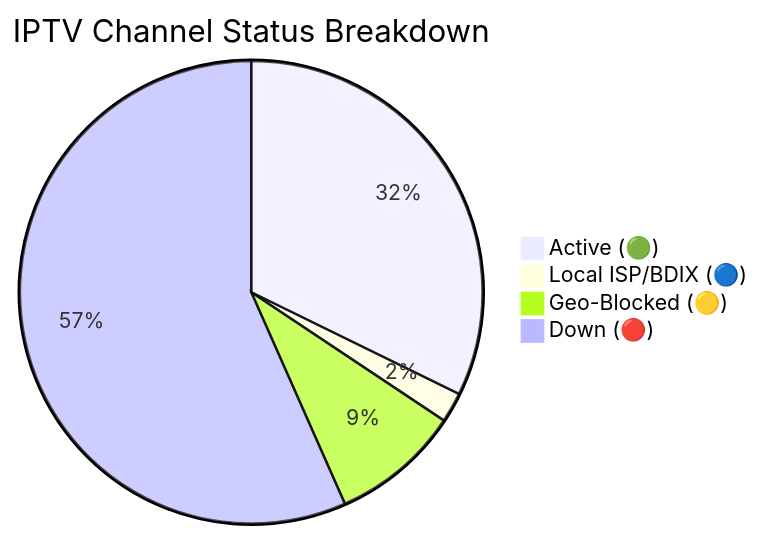
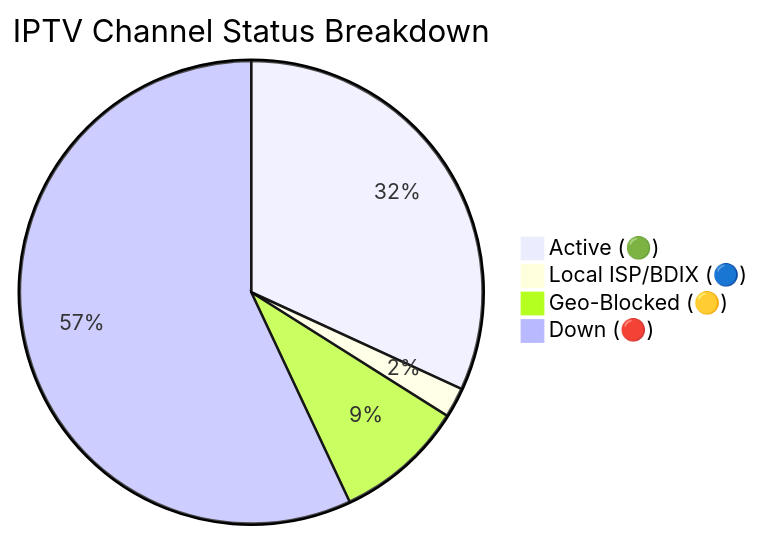
Before and after one commit to andreataylord/Ip-tv-Collection: the diagram in README.md, drawn with Mermaid. The commit also changed other lines of this file and 1 other file, not shown here.

Commit message:
docs(readme): auto-update daily channel status chart

````diff
--- a/README.md
+++ b/README.md
@@ -59,7 +59,7 @@
 ```mermaid
 pie title IPTV Channel Status Breakdown
-    "Active (🟢)" : 2382
+    "Active (🟢)" : 2353
     "Local ISP/BDIX (🔵)" : 155
-    "Geo-Blocked (🟡)" : 666
-    "Down (🔴)" : 4183
+    "Geo-Blocked (🟡)" : 669
+    "Down (🔴)" : 4209
 ```
````
